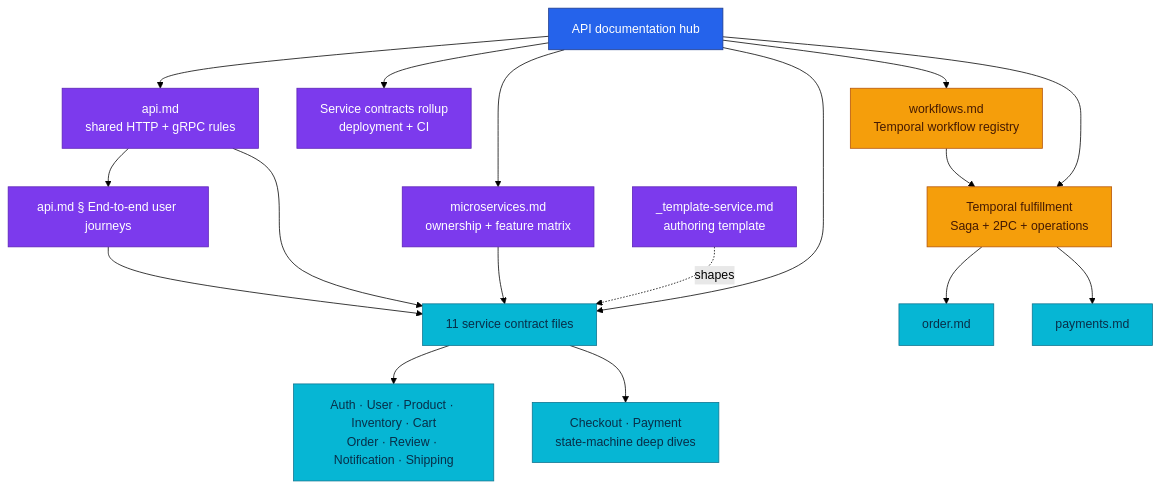
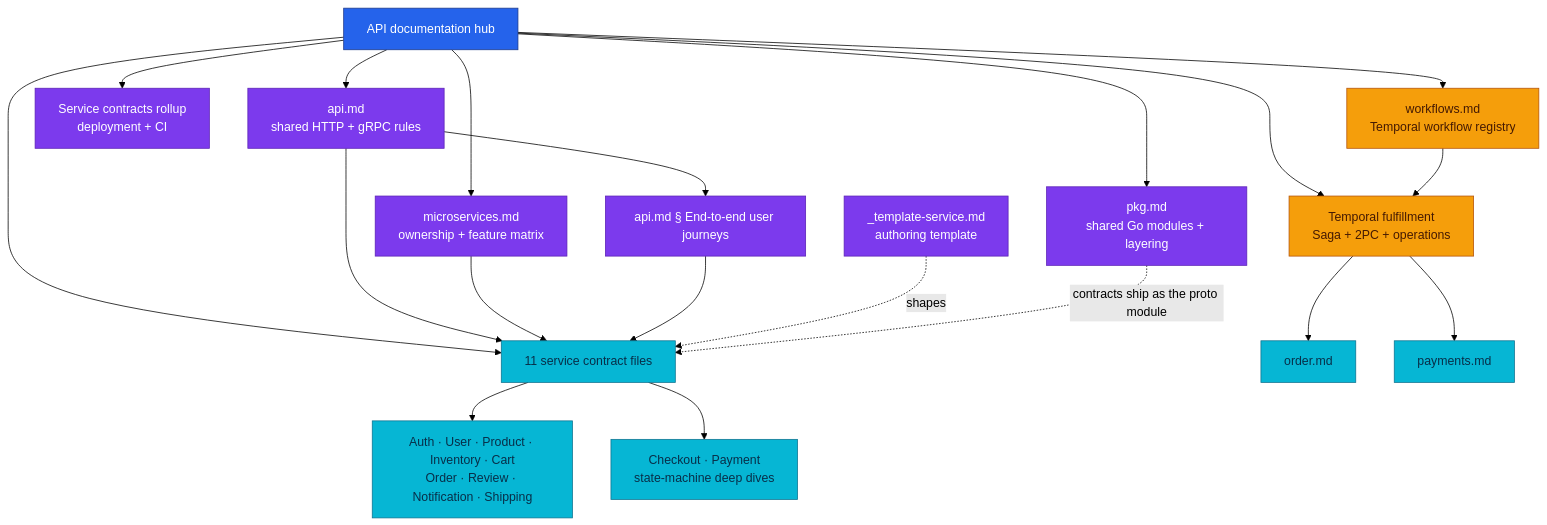
The diagram in docs/api/README.md (duynhlab/homelab), drawn with Mermaid (forest theme) before and after one commit. The commit also changed other lines of this file and 7 other files, not shown here.

````diff
--- a/docs/api/README.md
+++ b/docs/api/README.md
@@ -15,28 +15,30 @@
 ```mermaid
 flowchart TD
     Hub["API documentation hub"] --> Shared["api.md<br/>shared HTTP + gRPC rules"]
     Hub --> Rollup["Service contracts rollup<br/>deployment + CI"]
     Hub --> Catalog["microservices.md<br/>ownership + feature matrix"]
     Hub --> Contracts["11 service contract files"]
     Hub --> Workflows["workflows.md<br/>Temporal workflow registry"]
     Hub --> Saga["Temporal fulfillment<br/>Saga + 2PC + operations"]
+    Hub --> Pkg["pkg.md<br/>shared Go modules + layering"]
     Shared --> Journeys["api.md § End-to-end user journeys"]
     Contracts --> Basic["Auth · User · Product · Inventory · Cart<br/>Order · Review · Notification · Shipping"]
     Contracts --> Deep["Checkout · Payment<br/>state-machine deep dives"]
     Shared --> Contracts
     Catalog --> Contracts
     Journeys --> Contracts
     Workflows --> Saga
     Template["_template-service.md<br/>authoring template"] -.->|"shapes"| Contracts
     Saga --> Order["order.md"]
     Saga --> Payment["payments.md"]
+    Pkg -.->|"contracts ship as the proto module"| Contracts
 
     classDef hub fill:#2563eb,color:#fff,stroke:#1e3a8a;
     classDef guide fill:#7c3aed,color:#fff,stroke:#5b21b6;
     classDef contract fill:#06b6d4,color:#082f49,stroke:#0e7490;
     classDef workflow fill:#f59e0b,color:#451a03,stroke:#b45309;
     class Hub hub;
-    class Shared,Catalog,Rollup,Journeys,Template guide;
+    class Shared,Catalog,Rollup,Journeys,Template,Pkg guide;
     class Contracts,Basic,Deep,Order,Payment contract;
     class Saga,Workflows workflow;
 ```
````
